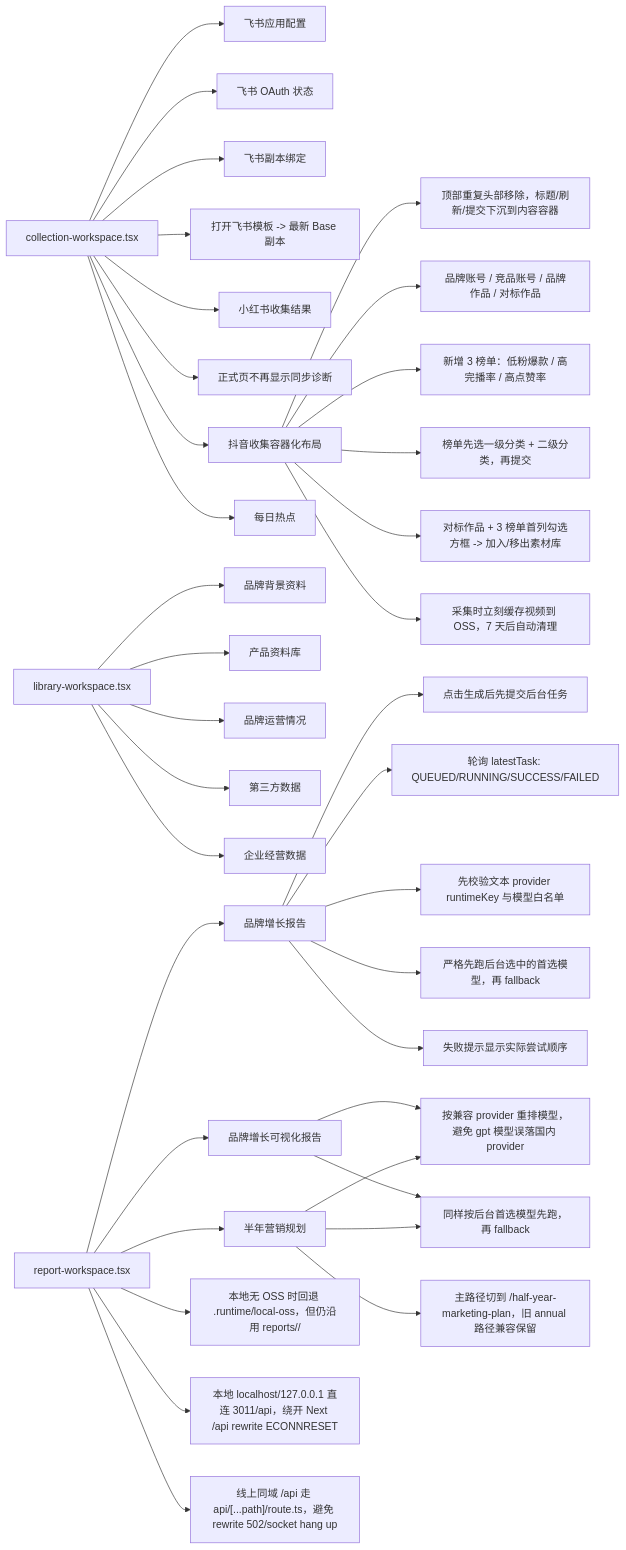
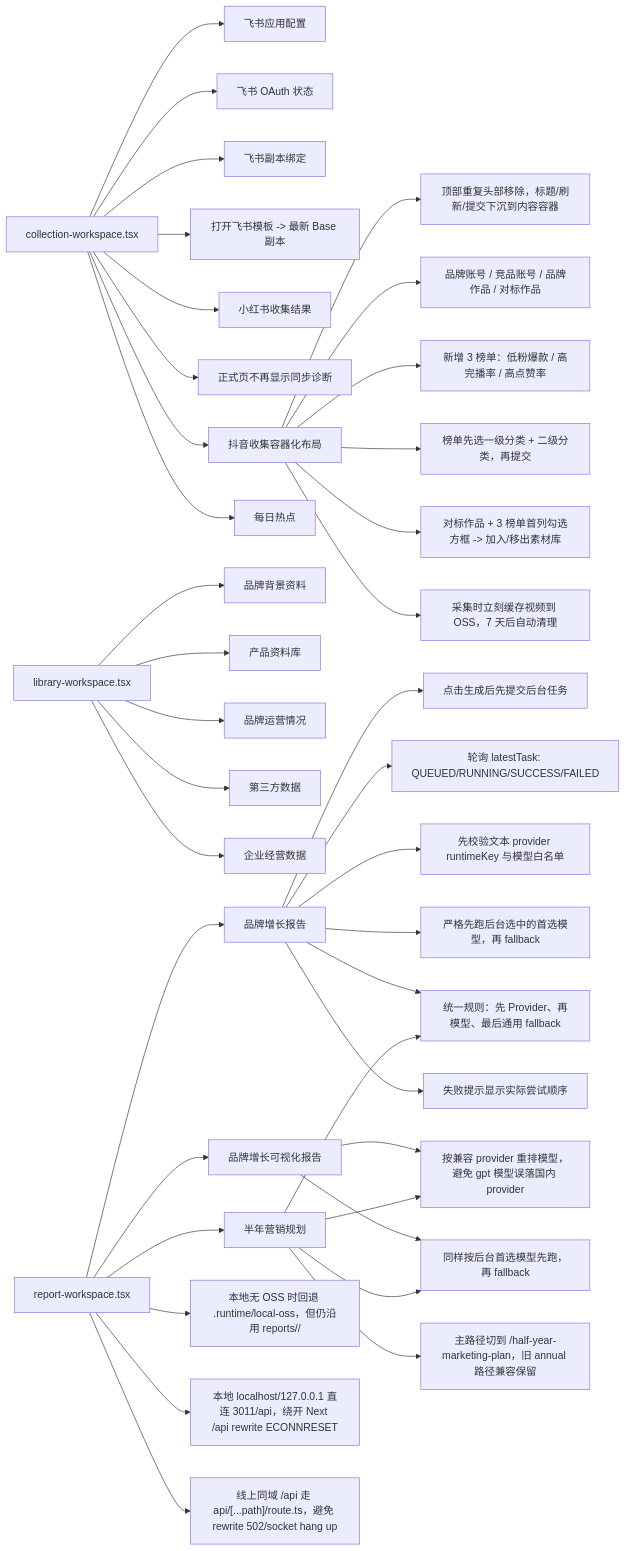
Before and after one commit to Depthukesh/ai-omni-ops-system: the fourth of 14 diagrams in docs/site-map-mermaid.md, drawn with Mermaid. The commit also changed other lines of this file and 6 other files, not shown here.

````diff
--- a/docs/site-map-mermaid.md
+++ b/docs/site-map-mermaid.md
@@ -195,43 +195,45 @@
 ```mermaid
 flowchart LR
     A["collection-workspace.tsx"]
     A --> A1["飞书应用配置"]
     A --> A2["飞书 OAuth 状态"]
     A --> A3["飞书副本绑定"]
     A --> A31["打开飞书模板 -> 最新 Base 副本"]
     A --> A4["小红书收集结果"]
     A --> A41["正式页不再显示同步诊断"]
     A --> A6["抖音收集容器化布局"]
     A6 --> A61["顶部重复头部移除，标题/刷新/提交下沉到内容容器"]
     A6 --> A62["品牌账号 / 竞品账号 / 品牌作品 / 对标作品"]
     A6 --> A63["新增 3 榜单：低粉爆款 / 高完播率 / 高点赞率"]
     A6 --> A64["榜单先选一级分类 + 二级分类，再提交"]
     A6 --> A65["对标作品 + 3 榜单首列勾选方框 -> 加入/移出素材库"]
     A6 --> A66["采集时立刻缓存视频到 OSS，7 天后自动清理"]
     A --> A5["每日热点"]
 
     B["library-workspace.tsx"]
     B --> B1["品牌背景资料"]
     B --> B2["产品资料库"]
     B --> B3["品牌运营情况"]
     B --> B4["第三方数据"]
     B --> B5["企业经营数据"]
 
     C["report-workspace.tsx"]
     C --> C1["品牌增长报告"]
     C --> C2["品牌增长可视化报告"]
     C --> C3["半年营销规划"]
     C1 --> C10["点击生成后先提交后台任务"]
     C1 --> C11["轮询 latestTask: QUEUED/RUNNING/SUCCESS/FAILED"]
     C1 --> C12["先校验文本 provider runtimeKey 与模型白名单"]
     C1 --> C17["严格先跑后台选中的首选模型，再 fallback"]
+    C1 --> C21["统一规则：先 Provider、再模型、最后通用 fallback"]
     C1 --> C18["失败提示显示实际尝试顺序"]
     C2 --> C13["忽略不兼容的图像 provider，回退国内文本 provider"]
     C2 --> C19["同样按后台首选模型先跑，再 fallback"]
     C3 --> C13["按兼容 provider 重排模型，避免 gpt 模型误落国内 provider"]
     C3 --> C20["主路径切到 /half-year-marketing-plan，旧 annual 路径兼容保留"]
+    C3 --> C21
     C3 --> C19
     C --> C14["本地无 OSS 时回退 .runtime/local-oss，但仍沿用 reports/<brandId>/<fileName>"]
     C --> C15["本地 localhost/127.0.0.1 直连 3011/api，绕开 Next /api rewrite ECONNRESET"]
     C --> C16["线上同域 /api 走 api/[...path]/route.ts，避免 rewrite 502/socket hang up"]
 ```
````
